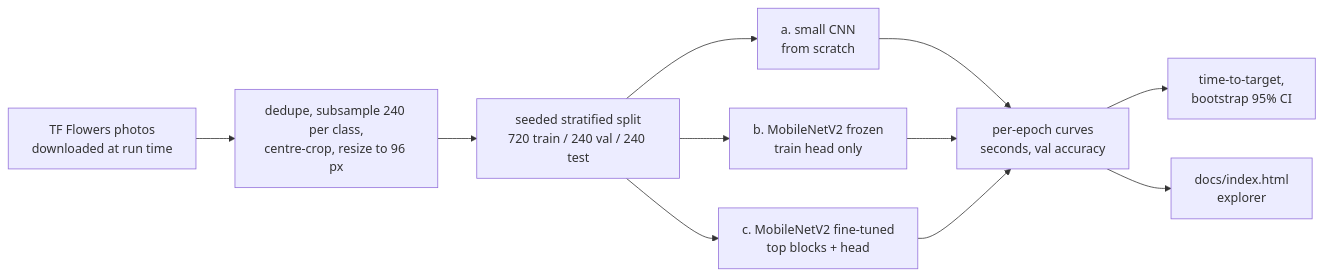
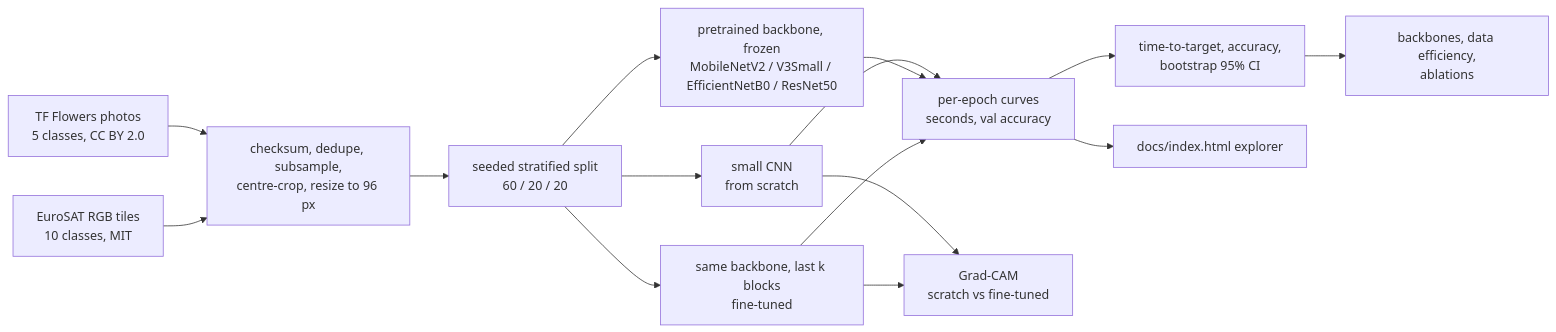
Before and after one commit to Janeferdinant/transfer-learning-vision: the diagram in README.md, drawn with Mermaid. The commit also changed other lines of this file, not shown here.

Commit message:
docs: README with summary table, backbone, data-efficiency, ablation and Grad-CAM results, and when transfer learning does not help

````diff
--- a/README.md
+++ b/README.md
@@ -32,13 +49,17 @@
 ```mermaid
 flowchart LR
-    A[TF Flowers photos<br/>downloaded at run time] --> B[dedupe, subsample 240 per class,<br/>centre-crop, resize to 96 px]
-    B --> C[seeded stratified split<br/>720 train / 240 val / 240 test]
-    C --> D1[a. small CNN<br/>from scratch]
-    C --> D2[b. MobileNetV2 frozen<br/>train head only]
-    C --> D3[c. MobileNetV2 fine-tuned<br/>top blocks + head]
+    A1[TF Flowers photos<br/>5 classes, CC BY 2.0] --> B
+    A2[EuroSAT RGB tiles<br/>10 classes, MIT] --> B
+    B[checksum, dedupe, subsample,<br/>centre-crop, resize to 96 px] --> C[seeded stratified split<br/>60 / 20 / 20]
+    C --> D1[small CNN<br/>from scratch]
+    C --> D2[pretrained backbone, frozen<br/>MobileNetV2 / V3Small / EfficientNetB0 / ResNet50]
+    C --> D3[same backbone, last k blocks<br/>fine-tuned]
     D1 --> E[per-epoch curves<br/>seconds, val accuracy]
     D2 --> E
     D3 --> E
-    E --> F[time-to-target,<br/>bootstrap 95% CI]
-    E --> G[docs/index.html<br/>explorer]
+    E --> F[time-to-target, accuracy,<br/>bootstrap 95% CI]
+    F --> G1[backbones, data efficiency,<br/>ablations]
+    E --> G2[docs/index.html explorer]
+    D1 --> H[Grad-CAM<br/>scratch vs fine-tuned]
+    D3 --> H
 ```
````
